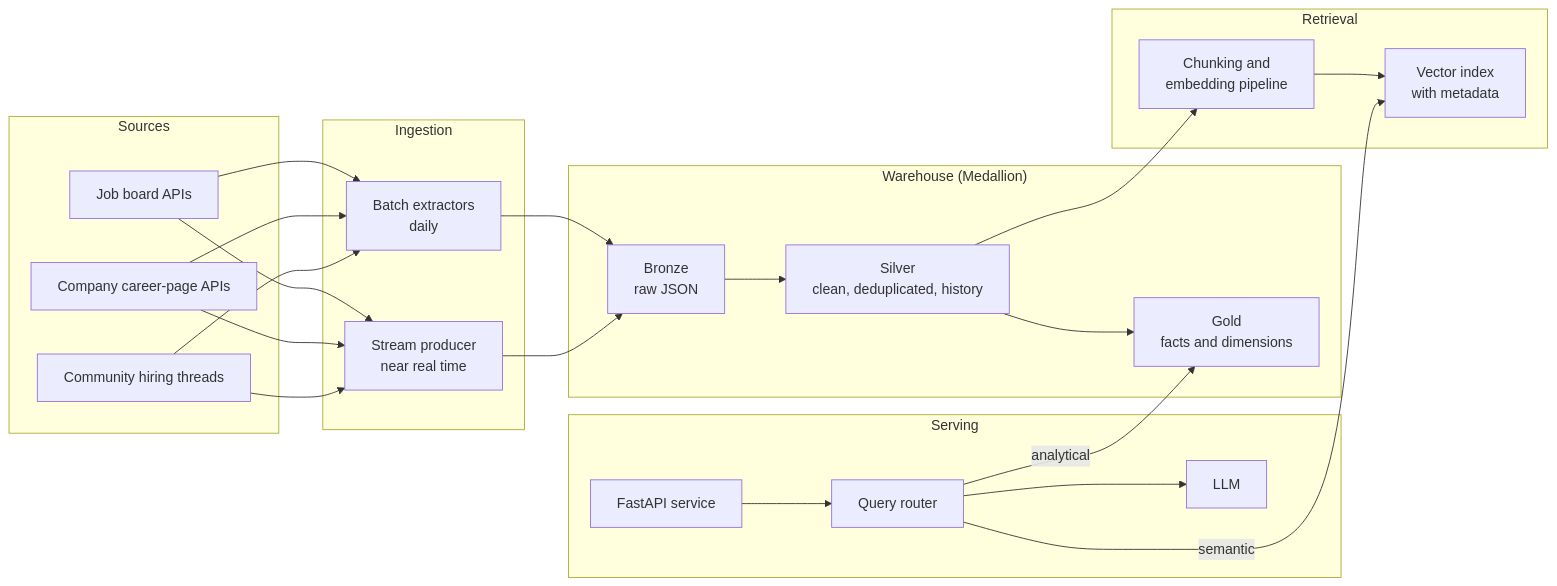
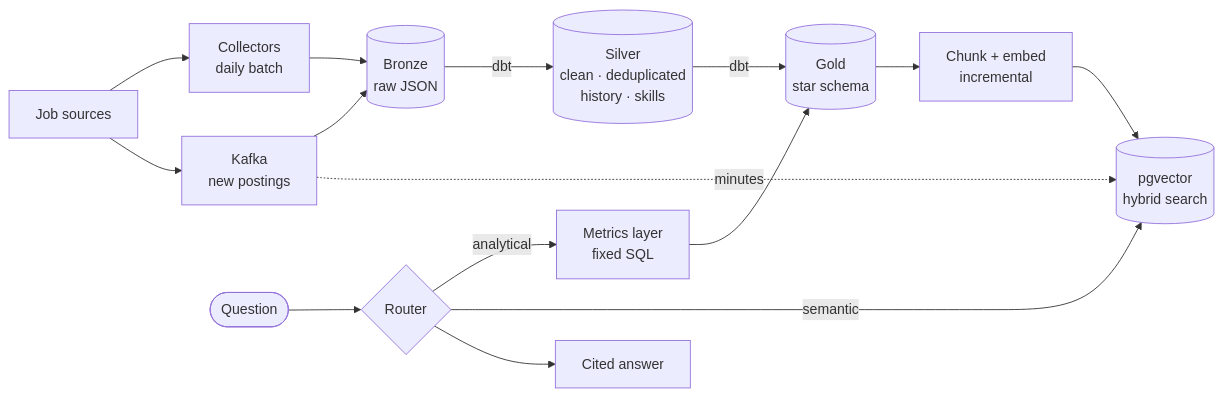
Before and after one commit to vvanurag/job-market-assistant: the diagram in README.md, drawn with Mermaid. The commit also changed other lines of this file and 47 other files, not shown here.

````diff
--- a/README.md
+++ b/README.md
@@ -33,38 +36,12 @@
 ```mermaid
 flowchart LR
-    subgraph Sources
-        A1[Job board APIs]
-        A2[Company career-page APIs]
-        A3[Community hiring threads]
-    end
-
-    subgraph Ingestion
-        B1[Batch extractors<br/>daily]
-        B2[Stream producer<br/>near real time]
-    end
-
-    subgraph Warehouse["Warehouse (Medallion)"]
-        C1[Bronze<br/>raw JSON]
-        C2[Silver<br/>clean, deduplicated, history]
-        C3[Gold<br/>facts and dimensions]
-    end
-
-    subgraph Retrieval
-        D1[Chunking and<br/>embedding pipeline]
-        D2[Vector index<br/>with metadata]
-    end
-
-    subgraph Serving
-        E1[FastAPI service]
-        E2[Query router]
-        E3[LLM]
-    end
-
-    A1 & A2 & A3 --> B1 & B2
-    B1 & B2 --> C1 --> C2 --> C3
-    C2 --> D1 --> D2
-    E1 --> E2
-    E2 -- analytical --> C3
-    E2 -- semantic --> D2
-    E2 --> E3
+    S["Job sources"] --> C["Collectors<br/>daily batch"] --> B[("Bronze<br/>raw JSON")]
+    S --> K["Kafka<br/>new postings"] --> B
+    B -- dbt --> SV[("Silver<br/>clean · deduplicated<br/>history · skills")] -- dbt --> G[("Gold<br/>star schema")]
+    G --> I["Chunk + embed<br/>incremental"] --> V[("pgvector<br/>hybrid search")]
+    K -. "minutes" .-> V
+    Q(["Question"]) --> R{"Router"}
+    R -- analytical --> M["Metrics layer<br/>fixed SQL"] --> G
+    R -- semantic --> V
+    R --> A["Cited answer"]
 ```
````
